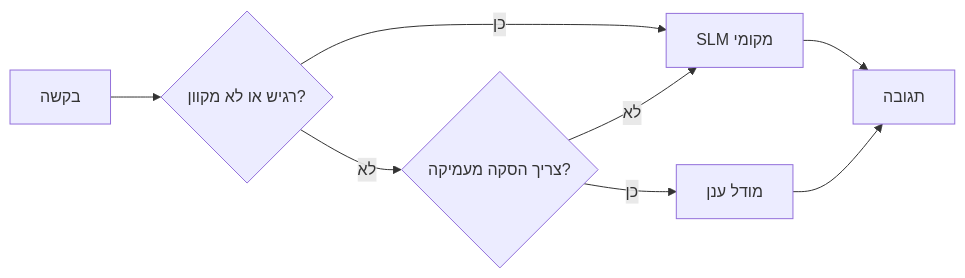
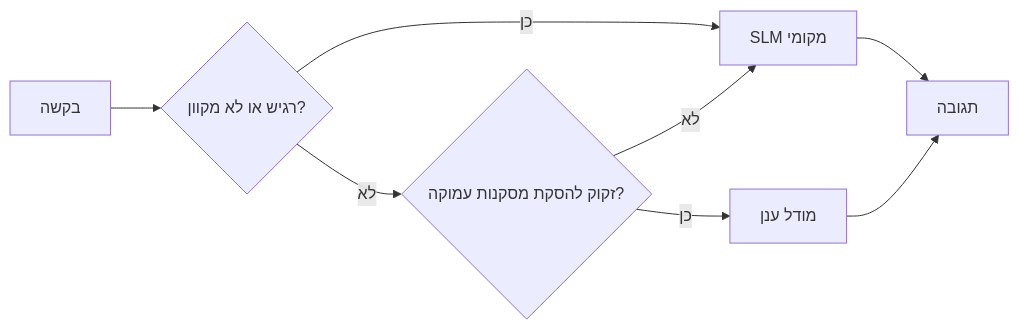
The fourth of 4 diagrams in translations/he/17-creating-local-ai-agents/README.md (microsoft/ai-agents-for-beginners), drawn with Mermaid before and after one commit. The commit also changed other lines of this file and 47 other files, not shown here.

````diff
--- a/translations/he/17-creating-local-ai-agents/README.md
+++ b/translations/he/17-creating-local-ai-agents/README.md
@@ -156,10 +156,10 @@
 ```mermaid
 flowchart LR
     Q[בקשה] --> S{רגיש או לא מקוון?}
     S -->|כן| L[SLM מקומי]
-    S -->|לא| C{צריך הסקה מעמיקה?}
+    S -->|לא| C{זקוק להסקת מסקנות עמוקה?}
     C -->|לא| L
     C -->|כן| Cloud[מודל ענן]
     L --> Out[תגובה]
     Cloud --> Out
 ```
````
